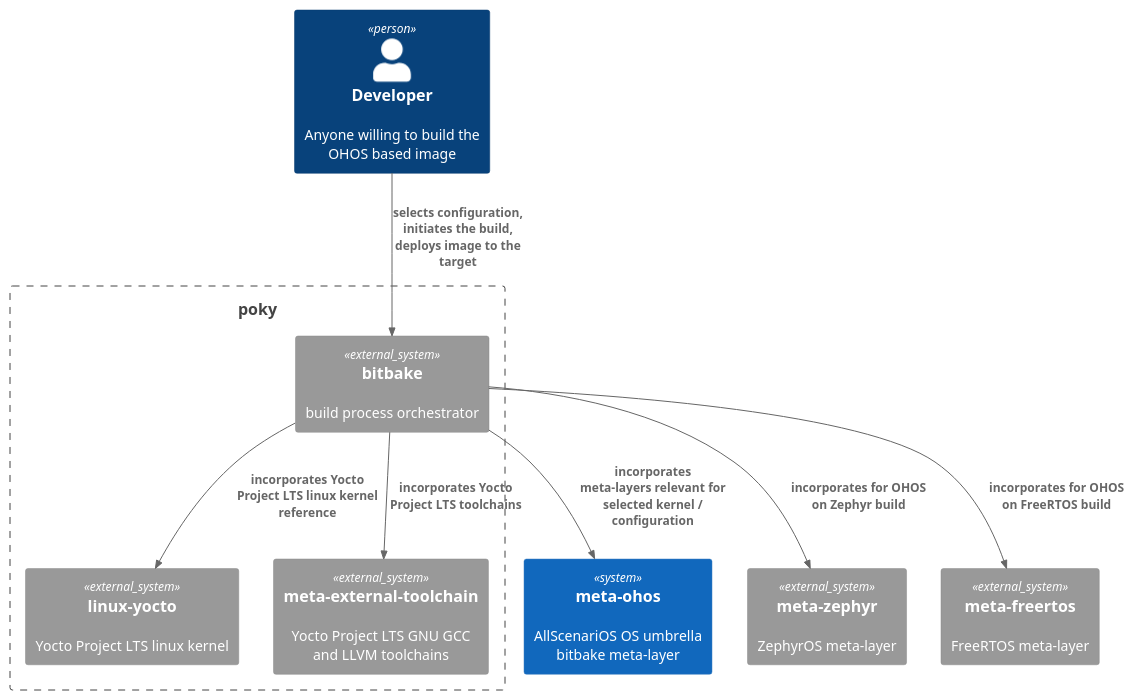
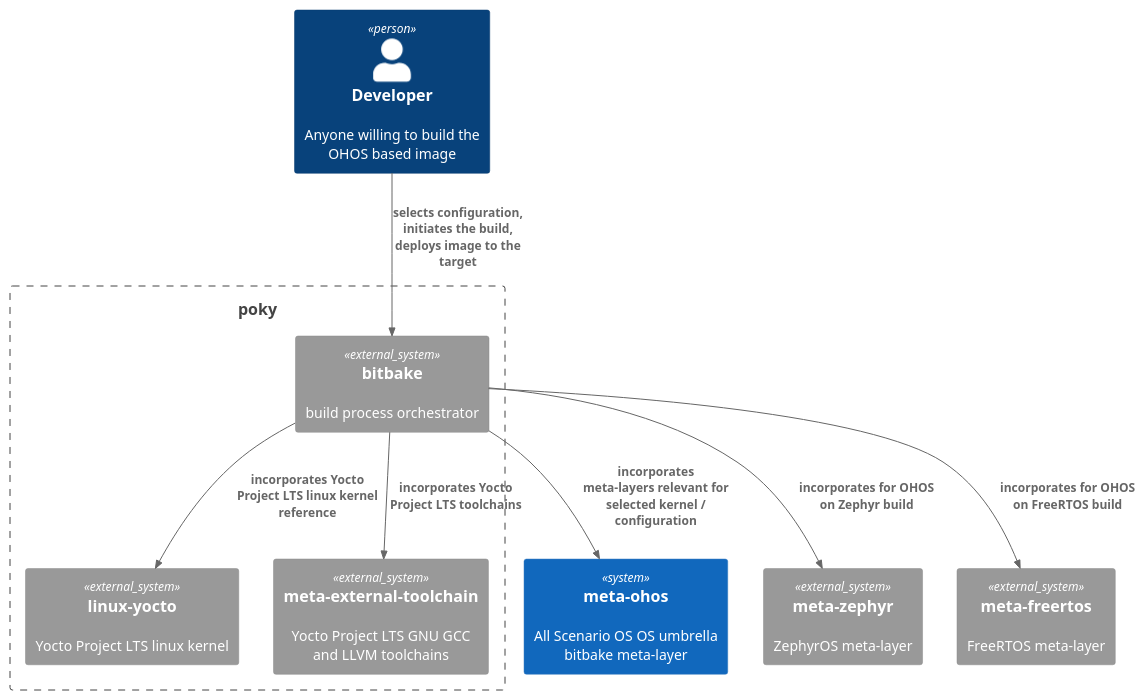
The diagram in docs/yocto-build-system/assets/ohos-build-arch.puml (alema-r/Alessandro-Marcolini-Oniro), drawn with PlantUML before and after one commit. The commit also changed 24 other files, not shown here.

First line of the commit message:
docs: say All Scenario OS in sentences

```diff
--- a/docs/yocto-build-system/assets/ohos-build-arch.puml
+++ b/docs/yocto-build-system/assets/ohos-build-arch.puml
@@ -5,24 +5,24 @@
 @startuml meta-ohos-arch
 !include https://raw.githubusercontent.com/plantuml-stdlib/C4-PlantUML/master/C4_Container.puml
 
 Person(dev, "Developer", "Anyone willing to build the OHOS based image")
-System(meta_ohos, "meta-ohos", "AllScenariOS OS umbrella bitbake meta-layer")
+System(meta_ohos, "meta-ohos", "All Scenario OS OS umbrella bitbake meta-layer")
 Boundary(poky, "poky") {
     System_Ext(bitbake, "bitbake", "build process orchestrator")
     System_Ext(linux_yocto, "linux-yocto", "Yocto Project LTS linux kernel")
     System_Ext(meta_external_toolchain, "meta-external-toolchain", "Yocto Project LTS GNU GCC and LLVM toolchains")
 }
 System_Ext(meta_zephyr, "meta-zephyr", "ZephyrOS meta-layer")
 System_Ext(meta_freertos, "meta-freertos", "FreeRTOS meta-layer")
 System_Ext(meta_freertos, "meta-freertos", "FreeRTOS meta-layer")
 System_Ext(linux_yocto, "linux-yocto", "Yocto Project LTS linux kernel")
 System_Ext(meta_external_toolchain, "meta-external-toolchain", "Yocto Project LTS GNU GCC and LLVM toolchains")
 
 Rel(dev, bitbake, "selects configuration, initiates the build, deploys image to the target")
 Rel(bitbake, meta_ohos, "incorporates meta-layers relevant for selected kernel / configuration")
 Rel(bitbake, linux_yocto, "incorporates Yocto Project LTS linux kernel reference")
 Rel(bitbake, meta_external_toolchain, "incorporates Yocto Project LTS toolchains")
 Rel(bitbake, meta_zephyr, "incorporates for OHOS on Zephyr build")
 Rel(bitbake, meta_freertos, "incorporates for OHOS on FreeRTOS build")
 
 @enduml
```
